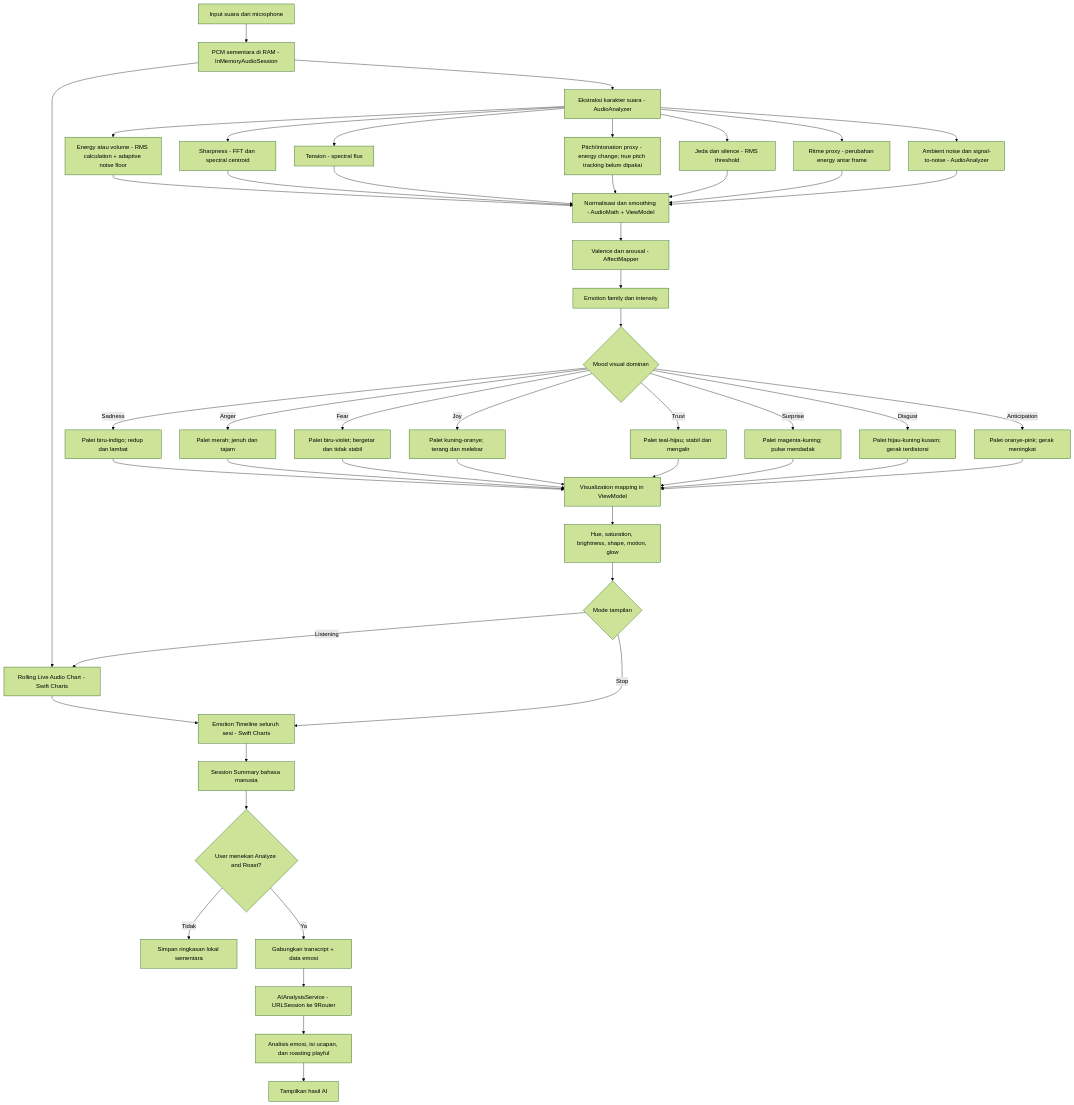
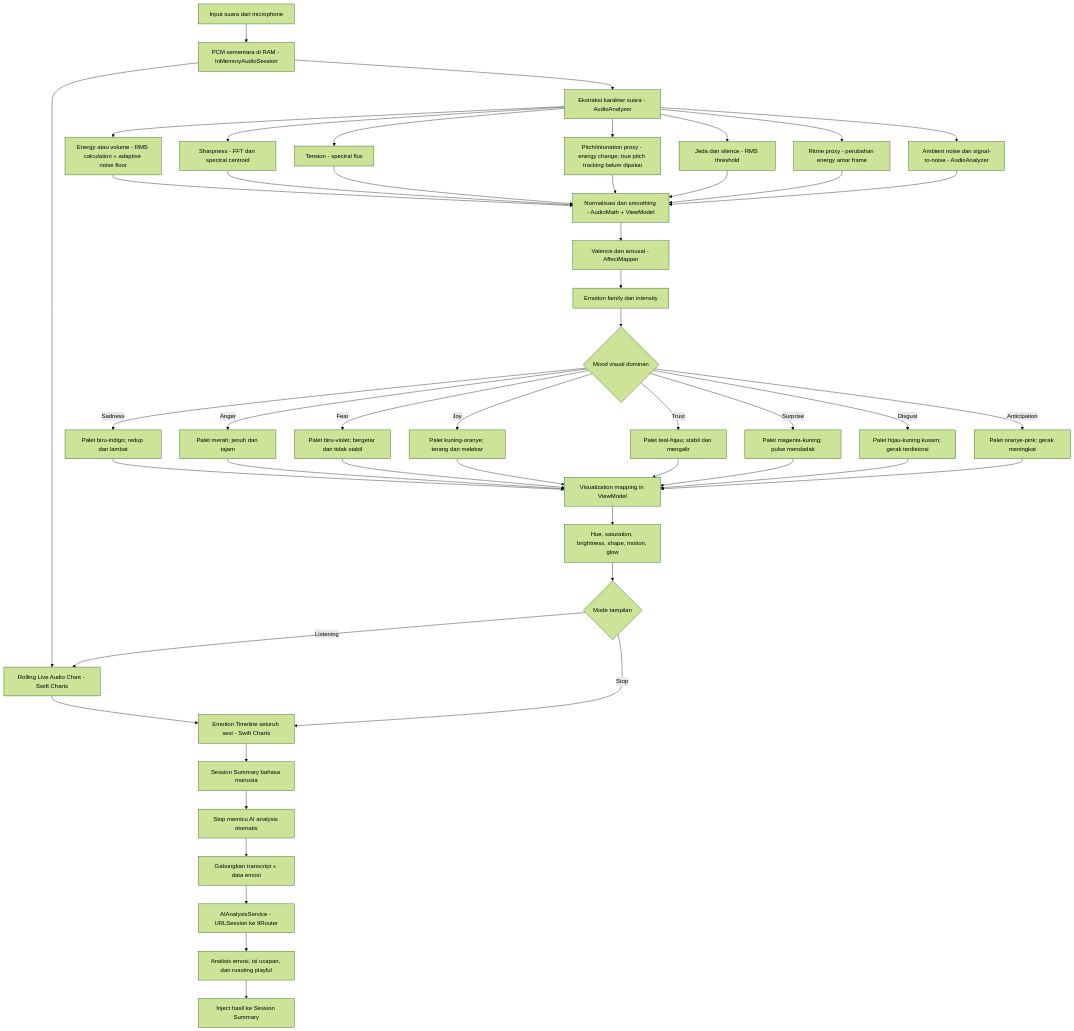
Before and after one commit to nunutech40/ConvertAudioToColor: the first of 2 diagrams in audio-to-emotion-flowcharts.md, drawn with Mermaid (forest theme). The commit also changed other lines of this file and 6 other files, not shown here.

Commit message:
automate AI roasting after session

````diff
--- a/audio-to-emotion-flowcharts.md
+++ b/audio-to-emotion-flowcharts.md
@@ -7,57 +7,56 @@
 ```mermaid
 flowchart TD
     A[Input suara dari microphone] --> B[PCM sementara di RAM - InMemoryAudioSession]
     B --> C[Ekstraksi karakter suara - AudioAnalyzer]
     B --> Z[Replay lokal - AudioReplayService dan AVAudioPlayerNode]
     Z --> AA[Suara diputar ke speaker]
 
     C --> D[Energy atau volume - RMS calculation + adaptive noise floor]
     C --> E[Sharpness - FFT dan spectral centroid]
     C --> F[Tension - spectral flux]
     C --> G[Pitch/intonation proxy - energy change; true pitch tracking belum dipakai]
     C --> H[Jeda dan silence - RMS threshold]
     C --> I[Ritme proxy - perubahan energy antar frame]
     C --> J[Ambient noise dan signal-to-noise - AudioAnalyzer]
 
     D --> K[Normalisasi dan smoothing - AudioMath + ViewModel]
     E --> K
     F --> K
     G --> K
     H --> K
     I --> K
     J --> K
 
     K --> L[Valence dan arousal - AffectMapper]
     L --> M[Emotion family dan intensity]
 
     M --> N{Mood visual dominan}
     N -- Sadness --> O[Palet biru-indigo; redup dan lambat]
     N -- Anger --> P[Palet merah; jenuh dan tajam]
     N -- Fear --> Q[Palet biru-violet; bergetar dan tidak stabil]
     N -- Joy --> R[Palet kuning-oranye; terang dan melebar]
     N -- Trust --> S[Palet teal-hijau; stabil dan mengalir]
     N -- Surprise --> T[Palet magenta-kuning; pulse mendadak]
     N -- Disgust --> U[Palet hijau-kuning kusam; gerak terdistorsi]
     N -- Anticipation --> V[Palet oranye-pink; gerak meningkat]
 
     O --> W[Visualization mapping in ViewModel]
     P --> W
     Q --> W
     R --> W
     S --> W
     T --> W
     U --> W
     V --> W
 
     W --> X[Hue, saturation, brightness, shape, motion, glow]
     X --> Y{Mode tampilan}
     Y -- Listening --> Z[Rolling Live Audio Chart - Swift Charts]
     Y -- Stop --> AA[Emotion Timeline seluruh sesi - Swift Charts]
     AA --> AB[Session Summary bahasa manusia]
-    AB --> AC{User menekan Analyze and Roast?}
-    AC -- Tidak --> AD[Simpan ringkasan lokal sementara]
-    AC -- Ya --> AE[Gabungkan transcript + data emosi]
-    AE --> AF[AIAnalysisService - URLSession ke 9Router]
-    AF --> AG[Analisis emosi, isi ucapan, dan roasting playful]
-    AG --> AH[Tampilkan hasil AI]
+    AB --> AC[Stop memicu AI analysis otomatis]
+    AC --> AD[Gabungkan transcript + data emosi]
+    AD --> AE[AIAnalysisService - URLSession ke 9Router]
+    AE --> AF[Analisis emosi, isi ucapan, dan roasting playful]
+    AF --> AG[Inject hasil ke Session Summary]
 ```
````
